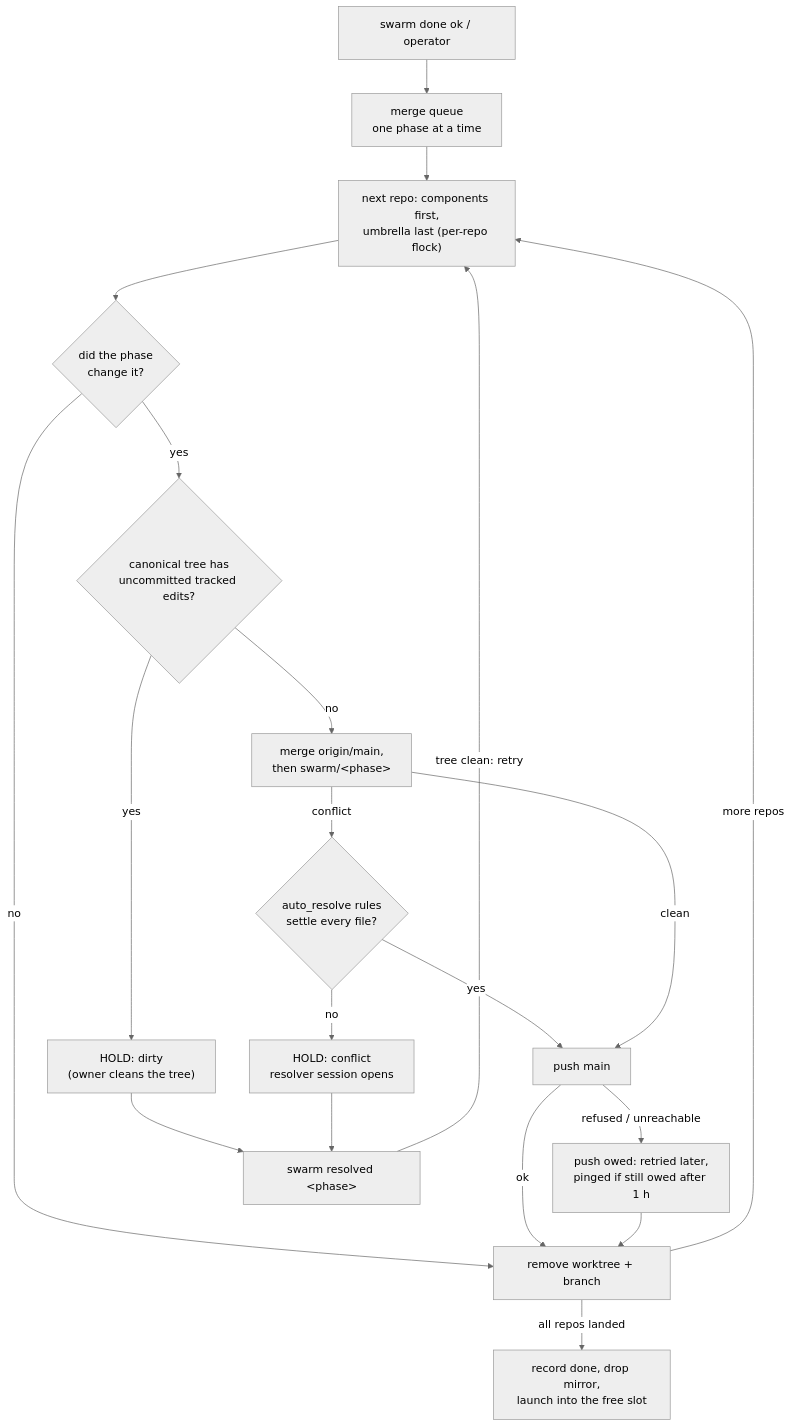
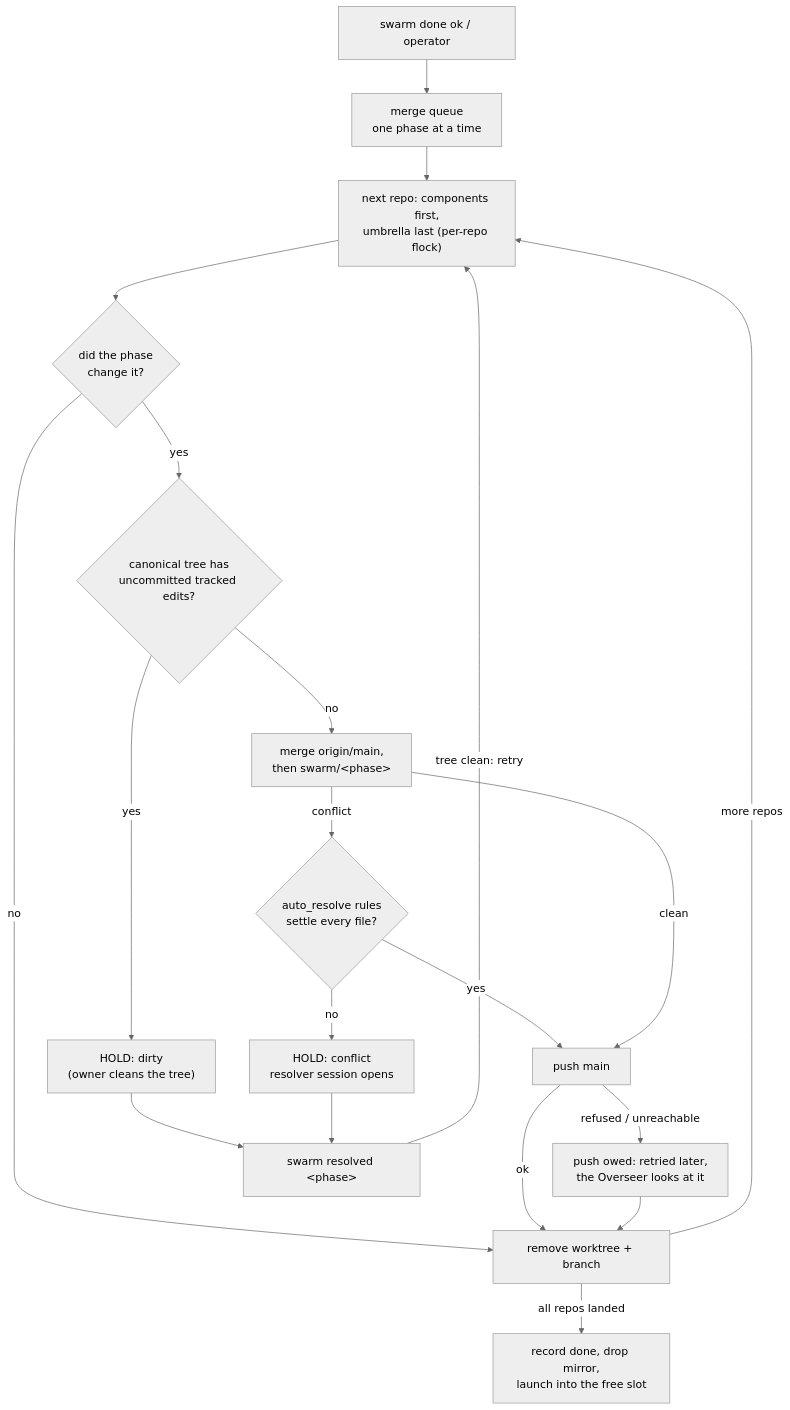
The fourth of 5 diagrams in README.md (sezaiarda/swarm-orchestrator), drawn with Mermaid (neutral theme) before and after one commit. The commit also changed other lines of this file and 68 other files, not shown here.

````diff
--- a/README.md
+++ b/README.md
@@ -341,21 +347,21 @@
 ```mermaid
 flowchart TD
   done["swarm done ok / operator"] --> q["merge queue<br/>one phase at a time"]
   q --> r["next repo: components first,<br/>umbrella last (per-repo flock)"]
   r --> t{"did the phase<br/>change it?"}
   t -- "no" --> p["remove worktree + branch"]
   t -- "yes" --> d{"canonical tree has<br/>uncommitted tracked edits?"}
   d -- "yes" --> hd["HOLD: dirty<br/>(owner cleans the tree)"]
   d -- "no" --> m["merge origin/main,<br/>then swarm/&lt;phase&gt;"]
   m -- "conflict" --> a{"auto_resolve rules<br/>settle every file?"}
   a -- "no" --> hc["HOLD: conflict<br/>resolver session opens"]
   a -- "yes" --> push
   m -- "clean" --> push["push main"]
   push -- "ok" --> p
-  push -- "refused / unreachable" --> owed["push owed: retried later,<br/>pinged if still owed after 1 h"] --> p
+  push -- "refused / unreachable" --> owed["push owed: retried later,<br/>the Overseer looks at it"] --> p
   p -- "more repos" --> r
   p -- "all repos landed" --> fin["record done, drop mirror,<br/>launch into the free slot"]
   hd --> sr["swarm resolved &lt;phase&gt;"]
   hc --> sr
   sr -- "tree clean: retry" --> r
 ```
````
